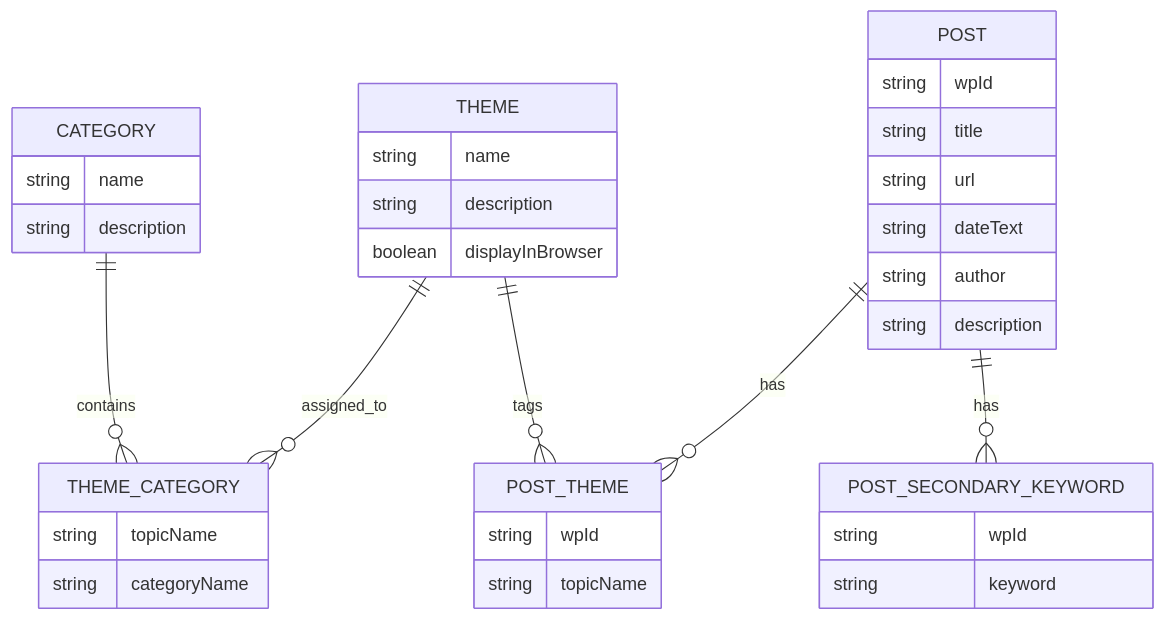
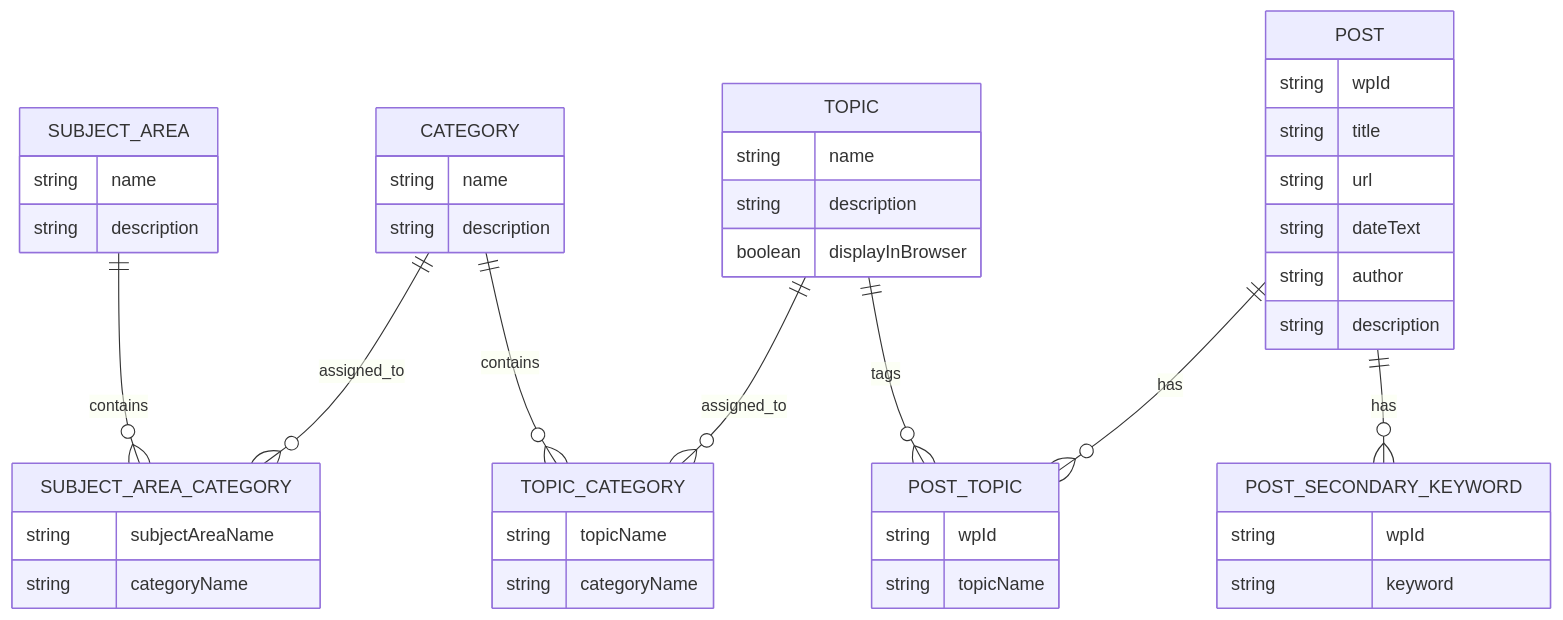
Before and after one commit to SteveEastin123/bart-blog-demo: the second of 3 diagrams in docs/wordpress_json_integration_guide.md, drawn with Mermaid. The commit also changed other lines of this file and 9 other files, not shown here.

Commit message:
Rename category groups to subject areas

````diff
--- a/docs/wordpress_json_integration_guide.md
+++ b/docs/wordpress_json_integration_guide.md
@@ -70,43 +77,55 @@
 ```mermaid
 erDiagram
-    CATEGORY ||--o{ THEME_CATEGORY : contains
-    THEME ||--o{ THEME_CATEGORY : assigned_to
-    THEME ||--o{ POST_THEME : tags
-    POST ||--o{ POST_THEME : has
+    SUBJECT_AREA ||--o{ SUBJECT_AREA_CATEGORY : contains
+    CATEGORY ||--o{ SUBJECT_AREA_CATEGORY : assigned_to
+    CATEGORY ||--o{ TOPIC_CATEGORY : contains
+    TOPIC ||--o{ TOPIC_CATEGORY : assigned_to
+    TOPIC ||--o{ POST_TOPIC : tags
+    POST ||--o{ POST_TOPIC : has
     POST ||--o{ POST_SECONDARY_KEYWORD : has
+
+    SUBJECT_AREA {
+        string name
+        string description
+    }
 
     CATEGORY {
         string name
         string description
     }
 
-    THEME {
+    TOPIC {
         string name
         string description
         boolean displayInBrowser
     }
 
     POST {
         string wpId
         string title
         string url
         string dateText
         string author
         string description
     }
 
-    THEME_CATEGORY {
+    SUBJECT_AREA_CATEGORY {
+        string subjectAreaName
+        string categoryName
+    }
+
+    TOPIC_CATEGORY {
         string topicName
         string categoryName
     }
 
-    POST_THEME {
+    POST_TOPIC {
         string wpId
         string topicName
     }
 
     POST_SECONDARY_KEYWORD {
         string wpId
         string keyword
     }
 ```
````
